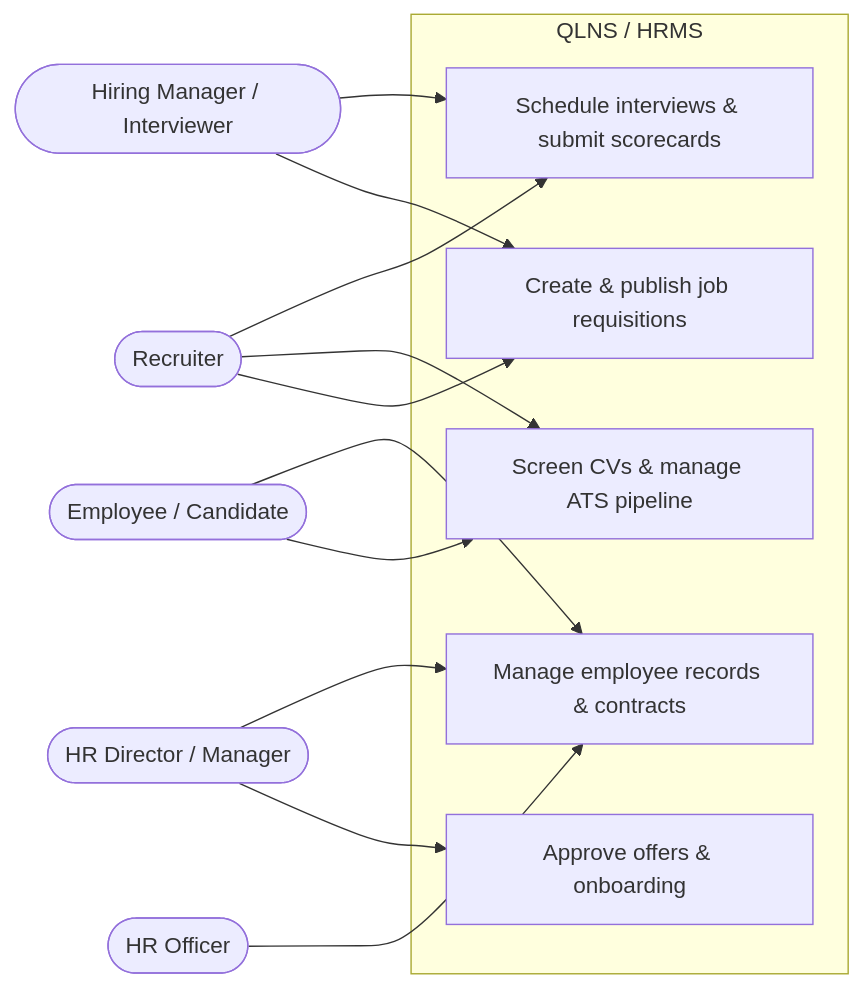
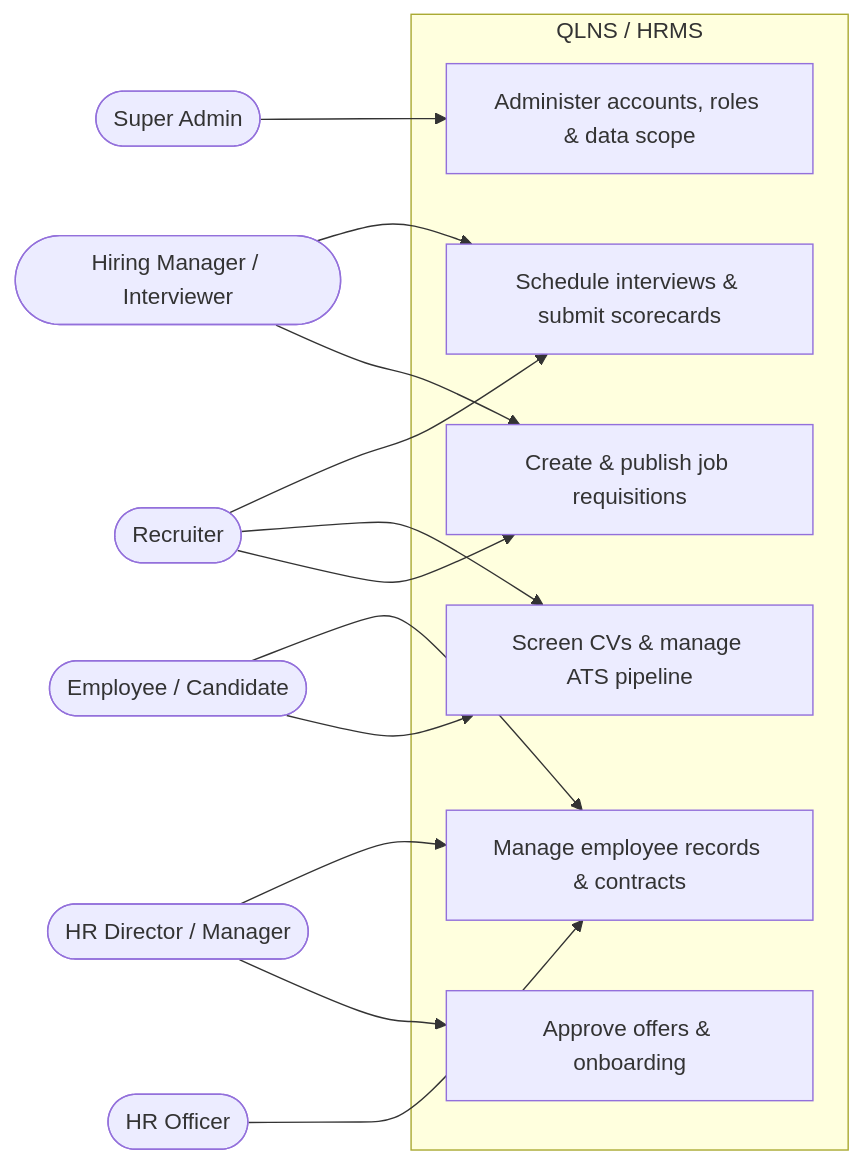
One commit to nvdat16/QLNS changed the second of 8 diagrams in README.md. Above: the diagram before and after it, drawn with Mermaid. The commit also changed other lines of this file and 7 other files, not shown here.

````diff
--- a/README.md
+++ b/README.md
@@ -177,27 +195,31 @@
 ```mermaid
 flowchart LR
     HRMgr([HR Director / Manager])
     Recruiter([Recruiter])
     Interviewer([Hiring Manager / Interviewer])
     HROfficer([HR Officer])
     User([Employee / Candidate])
+    Admin([Super Admin])
 
     subgraph HRMS["QLNS / HRMS"]
+        Accounts[Administer accounts, roles & data scope]
         Jobs[Create & publish job requisitions]
         ATS[Screen CVs & manage ATS pipeline]
         Interviews[Schedule interviews & submit scorecards]
         Offers[Approve offers & onboarding]
         Records[Manage employee records & contracts]
     end
+
+    Admin --> Accounts
 
     Recruiter --> Jobs
     Recruiter --> ATS
     Recruiter --> Interviews
     Interviewer --> Jobs
     Interviewer --> Interviews
     HRMgr --> Offers
     HRMgr --> Records
     HROfficer --> Records
     User --> ATS
     User --> Records
 ```
````
